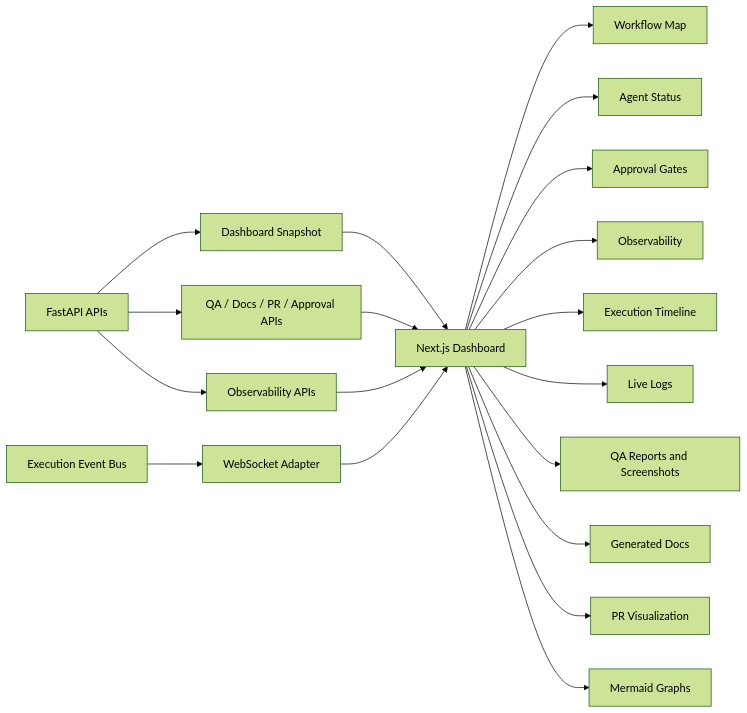
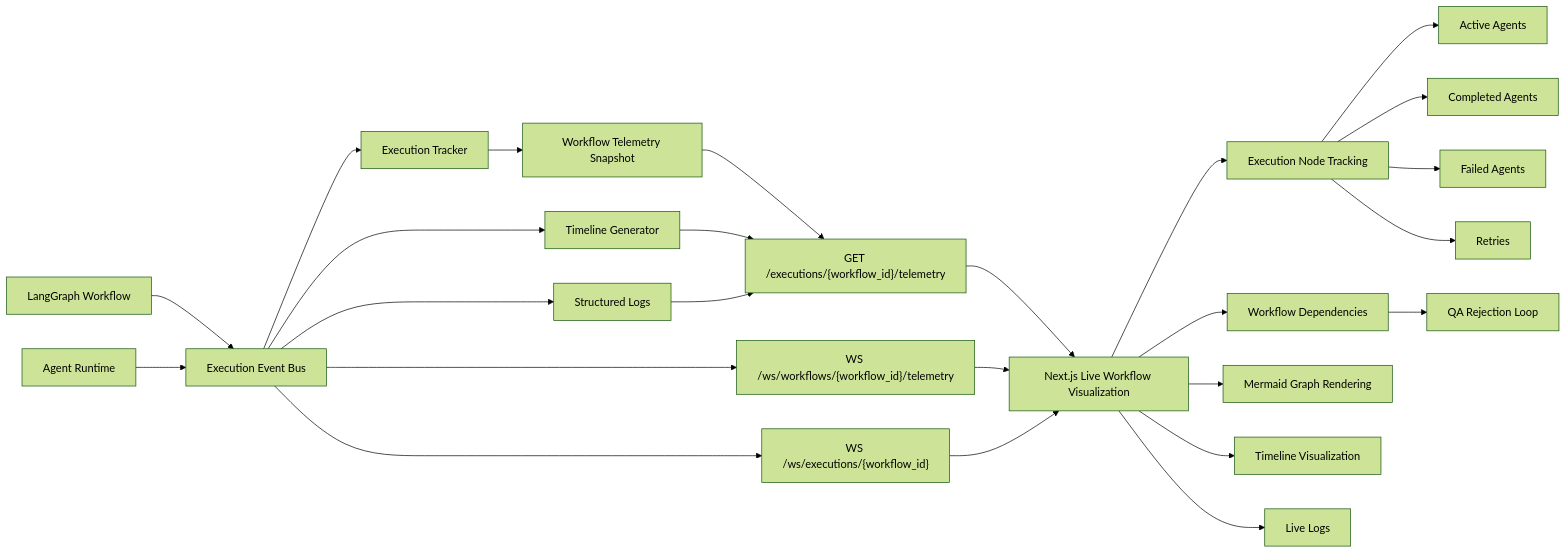
The fifth of 6 diagrams in README.md (fhuamanr/LegionAgents), drawn with Mermaid (forest theme) before and after one commit. The commit also changed other lines of this file and 15 other files, not shown here.

Commit message:
Live Workflow Visualization system, and new readme

````diff
--- a/README.md
+++ b/README.md
@@ -181,23 +214,31 @@
 ```mermaid
 flowchart LR
-  FastAPI["FastAPI APIs"] --> Snapshot["Dashboard Snapshot"]
-  FastAPI --> Reports["QA / Docs / PR / Approval APIs"]
-  FastAPI --> ObservabilityApi["Observability APIs"]
-  EventBus["Execution Event Bus"] --> WS["WebSocket Adapter"]
+  Graph["LangGraph Workflow"] --> EventBus["Execution Event Bus"]
+  Runtime["Agent Runtime"] --> EventBus
+  Tracker["Execution Tracker"] --> Telemetry["Workflow Telemetry Snapshot"]
+  EventBus --> Tracker
+  EventBus --> Timeline["Timeline Generator"]
+  EventBus --> Logs["Structured Logs"]
 
-  Snapshot --> UI["Next.js Dashboard"]
-  Reports --> UI
-  ObservabilityApi --> UI
-  WS --> UI
+  Telemetry --> Api["GET /executions/{workflow_id}/telemetry"]
+  Timeline --> Api
+  Logs --> Api
+  EventBus --> WS["WS /ws/workflows/{workflow_id}/telemetry"]
+  EventBus --> EventWS["WS /ws/executions/{workflow_id}"]
 
-  UI --> WorkflowView["Workflow Map"]
-  UI --> AgentStatus["Agent Status"]
-  UI --> ApprovalView["Approval Gates"]
-  UI --> ObservabilityView["Observability"]
-  UI --> Timeline["Execution Timeline"]
-  UI --> Logs["Live Logs"]
-  UI --> QAReports["QA Reports and Screenshots"]
-  UI --> DocsView["Generated Docs"]
-  UI --> PRView["PR Visualization"]
-  UI --> MermaidView["Mermaid Graphs"]
+  Api --> Dashboard["Next.js Live Workflow Visualization"]
+  WS --> Dashboard
+  EventWS --> Dashboard
+
+  Dashboard --> Nodes["Execution Node Tracking"]
+  Dashboard --> Dependencies["Workflow Dependencies"]
+  Dashboard --> Mermaid["Mermaid Graph Rendering"]
+  Dashboard --> TimelineView["Timeline Visualization"]
+  Dashboard --> LogView["Live Logs"]
+
+  Nodes --> Active["Active Agents"]
+  Nodes --> Complete["Completed Agents"]
+  Nodes --> Failed["Failed Agents"]
+  Nodes --> Retries["Retries"]
+  Dependencies --> QALoop["QA Rejection Loop"]
 ```
````
